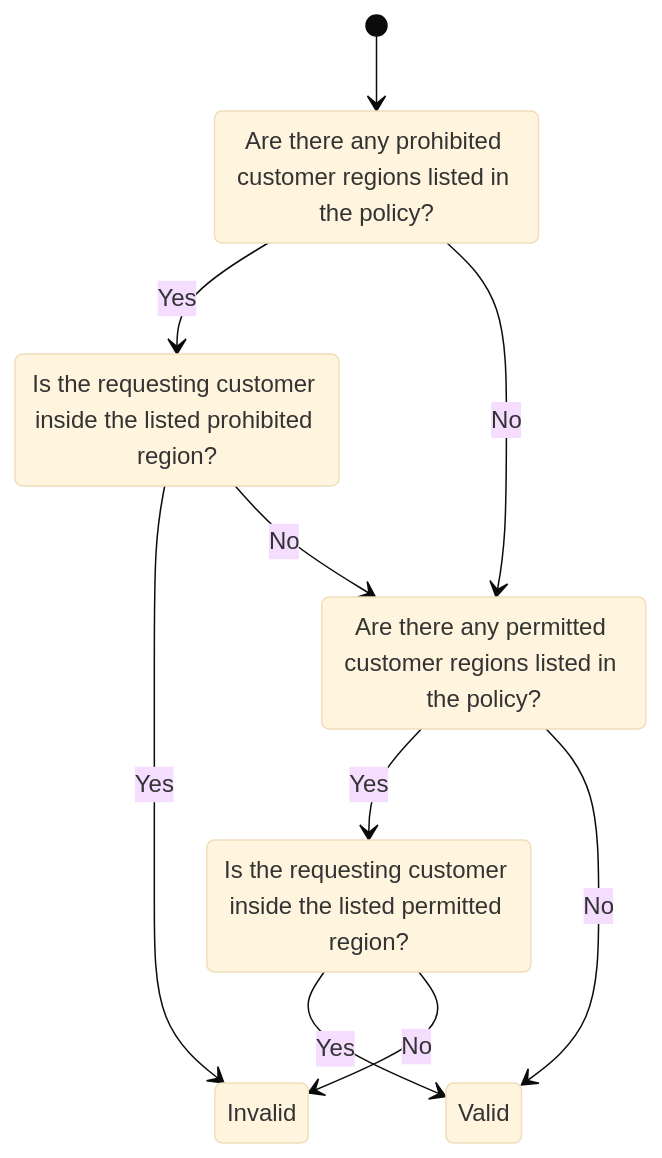
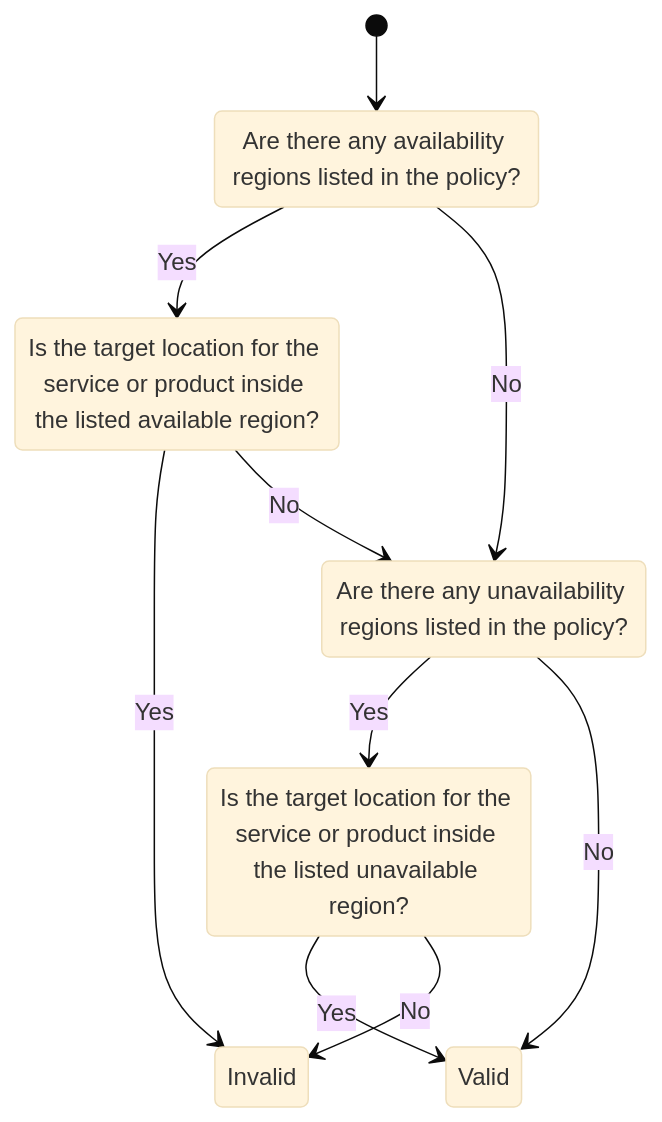
The fourth of 4 diagrams in docs/policy-evaluation-strategy.md (DOME-Marketplace/dome-odrl-profile), drawn with Mermaid (base theme) before and after one commit. The commit also changed other lines of this file and 5 other files, not shown here.

````diff
--- a/docs/policy-evaluation-strategy.md
+++ b/docs/policy-evaluation-strategy.md
@@ -103,20 +164,24 @@
 ```mermaid
 stateDiagram-v2
   [*] --> Q1_1
-  Q1_1 : Are there any prohibited customer regions listed in the policy?
+
+  Q1_1 : Are there any availability regions listed in the policy?
   Q1_1 --> Q1_2 : Yes
   Q1_1 --> Q2_1 : No
-  Q1_2 : Is the requesting customer inside the listed prohibited region?
+  Q1_2 : Is the target location for the service or product inside the listed available region?
   Q1_2 --> INVALID : Yes
   Q1_2 --> Q2_1 : No
-  Q2_1 : Are there any permitted customer regions listed in the policy?
+
+  Q2_1 : Are there any unavailability regions listed in the policy?
   Q2_1 --> Q2_2 : Yes
   Q2_1 --> VALID : No
-  Q2_2 : Is the requesting customer inside the listed permitted region?
+  Q2_2 : Is the target location for the service or product inside the listed unavailable region?
   Q2_2 --> VALID : Yes
   Q2_2 --> INVALID : No
+
   VALID:::FinalEvent : Valid
   INVALID:::ErrorEvent : Invalid
+
   classDef FinalEvent fill:darkgreen,color:white
   classDef ErrorEvent fill:darkred,color:white
 ```
````
